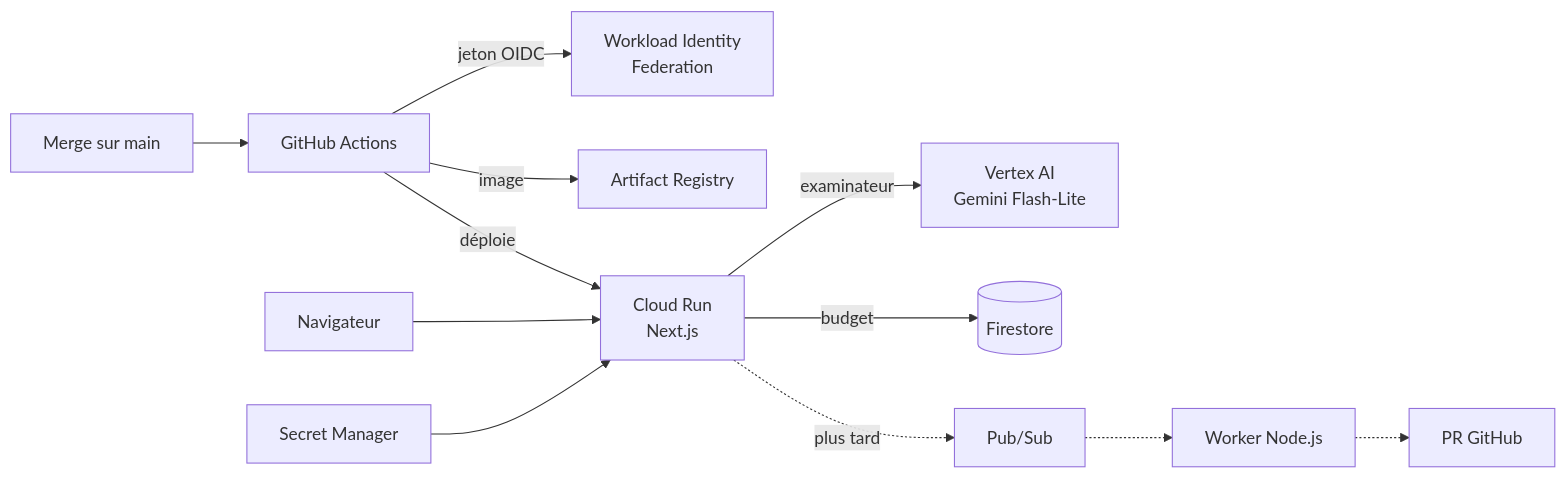
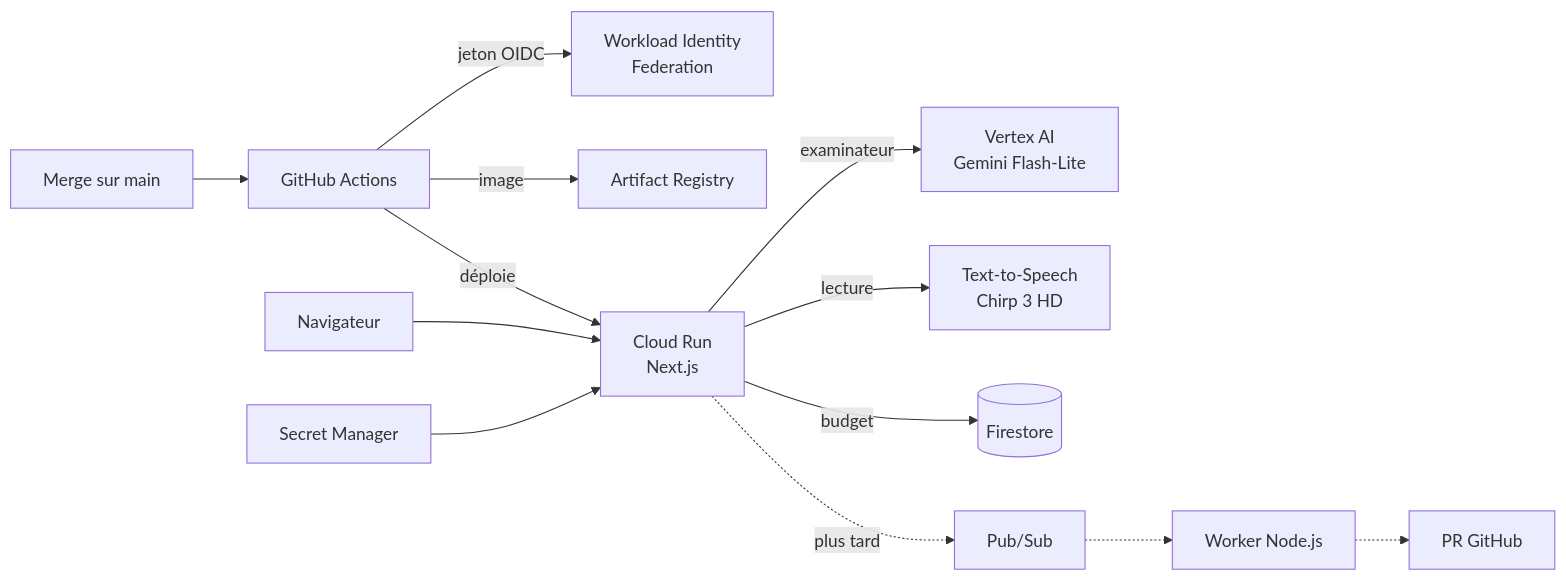
The second of 2 diagrams in README.md (fgeronimi/mind-kata), drawn with Mermaid before and after one commit. The commit also changed other lines of this file and 2 other files, not shown here.

Commit message:
docs: ajoute l'ADR 0011 sur la lecture par synthèse serveur

````diff
--- a/README.md
+++ b/README.md
@@ -45,12 +45,13 @@
 ```mermaid
 graph LR
   dev[Merge sur main] --> gha[GitHub Actions]
   gha -- jeton OIDC --> wif[Workload Identity<br/>Federation]
   gha -- image --> ar[Artifact Registry]
   gha -- déploie --> run[Cloud Run<br/>Next.js]
   user[Navigateur] --> run
   run -- examinateur --> vertex[Vertex AI<br/>Gemini Flash-Lite]
+  run -- lecture --> tts[Text-to-Speech<br/>Chirp 3 HD]
   run -- budget --> fs[(Firestore)]
   sm[Secret Manager] --> run
   run -. plus tard .-> ps[Pub/Sub] -.-> worker[Worker Node.js] -.-> gh[PR GitHub]
 ```
````
